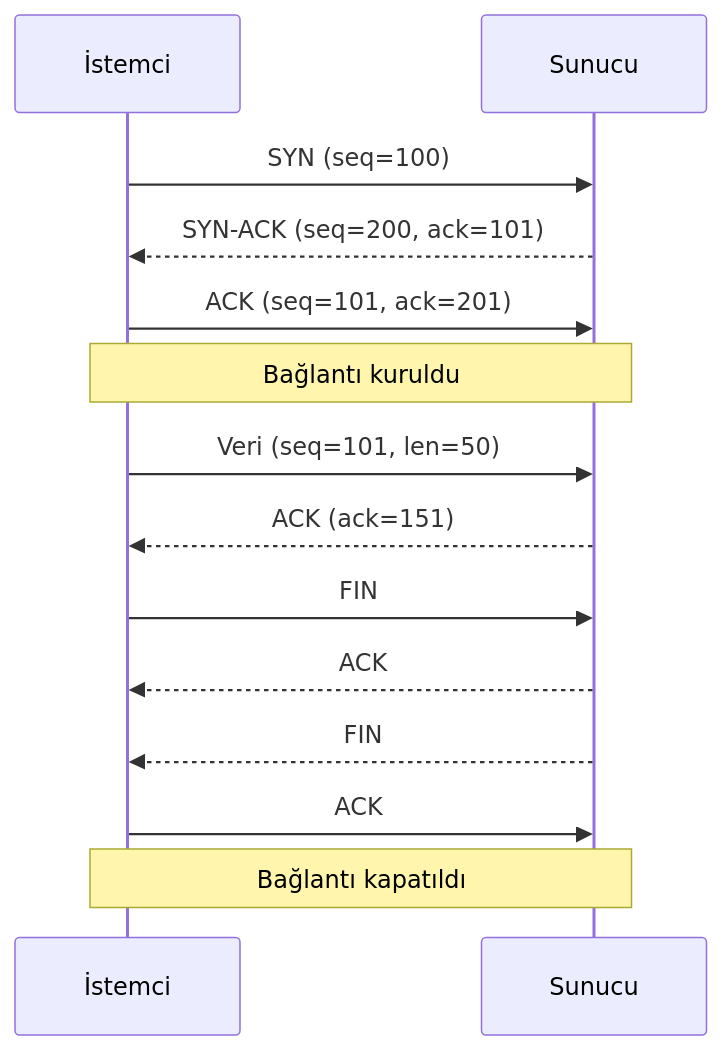
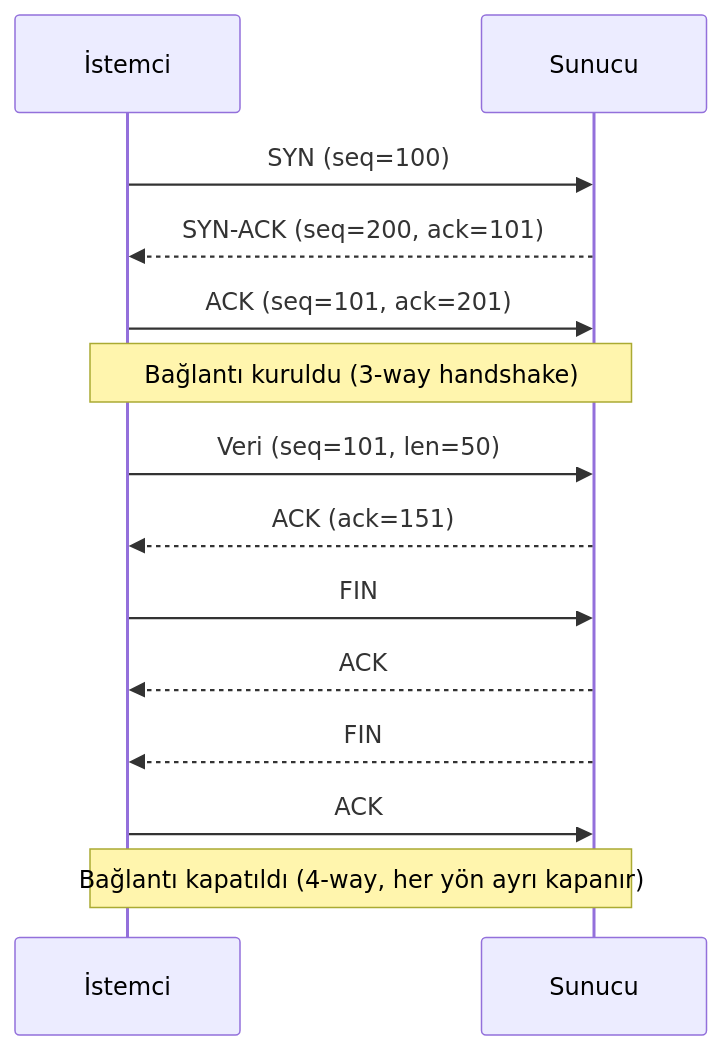
Before and after one commit to serkanMzlm/MechatronicsNotebook: the fifth of 9 diagrams in docs/md/communication/protocol.md, drawn with Mermaid. The commit also changed other lines of this file and 2 other files, not shown here.

````diff
--- a/docs/md/communication/protocol.md
+++ b/docs/md/communication/protocol.md
@@ -431,19 +229,19 @@
 ```mermaid
 sequenceDiagram
     participant C as İstemci
     participant S as Sunucu
 
     C->>S: SYN (seq=100)
     S-->>C: SYN-ACK (seq=200, ack=101)
     C->>S: ACK (seq=101, ack=201)
-    Note over C,S: Bağlantı kuruldu
+    Note over C,S: Bağlantı kuruldu (3-way handshake)
 
     C->>S: Veri (seq=101, len=50)
     S-->>C: ACK (ack=151)
 
     C->>S: FIN
     S-->>C: ACK
     S-->>C: FIN
     C->>S: ACK
-    Note over C,S: Bağlantı kapatıldı
+    Note over C,S: Bağlantı kapatıldı (4-way, her yön ayrı kapanır)
 ```
````
